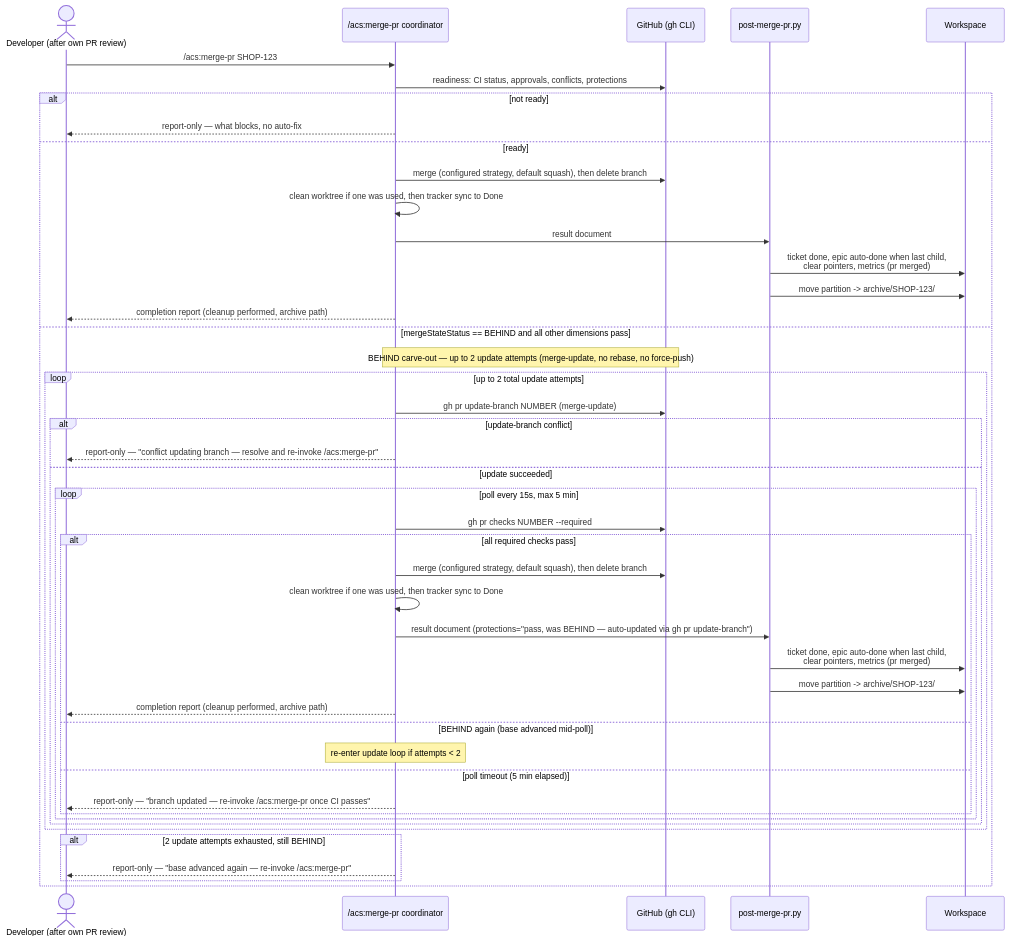
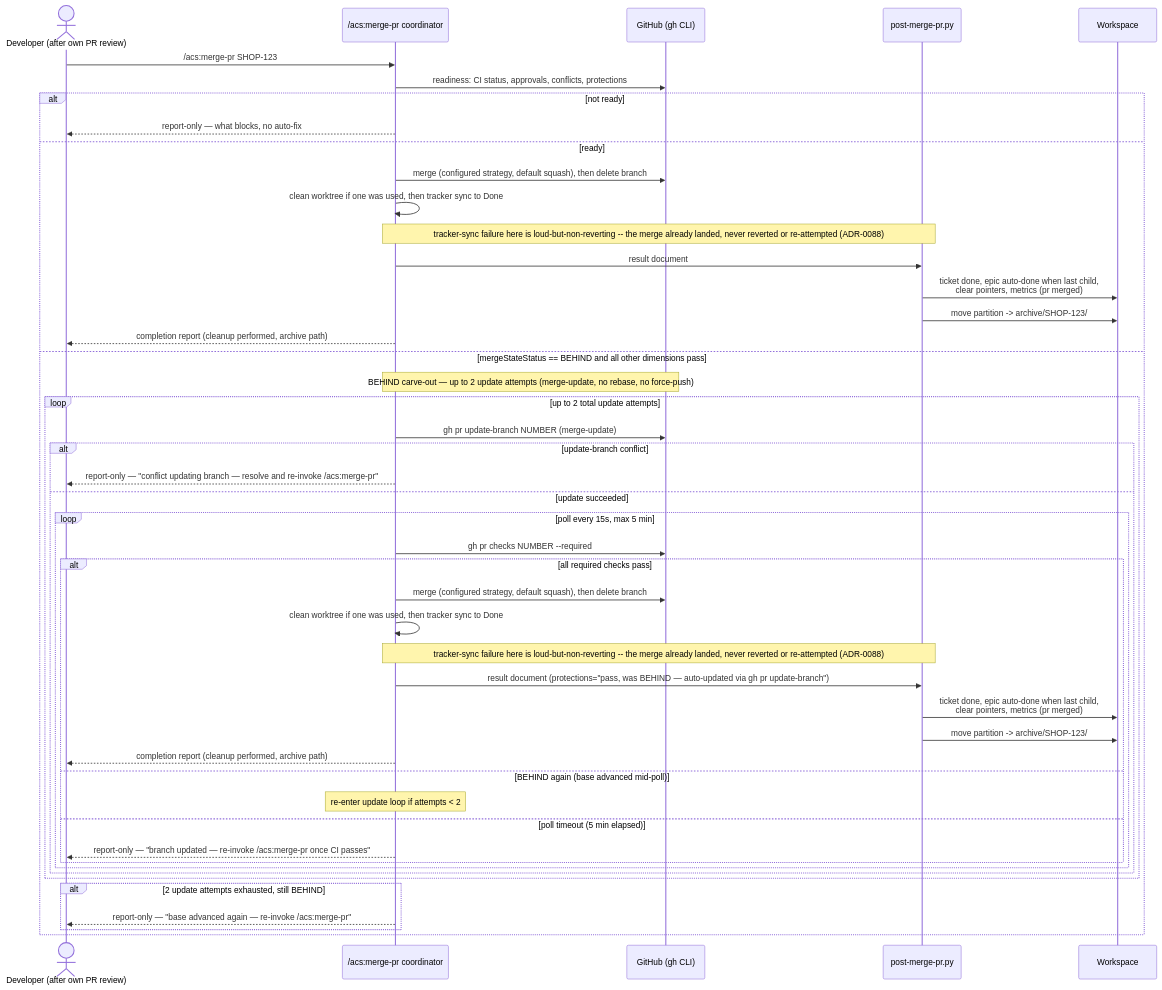
Before and after one commit to globalmindsolution/gms-marketplace: the second of 2 diagrams in docs/architecture/lld/flows/ticket-lifecycle.md, drawn with Mermaid. The commit also changed 12 other files, not shown here.

````diff
--- a/docs/architecture/lld/flows/ticket-lifecycle.md
+++ b/docs/architecture/lld/flows/ticket-lifecycle.md
@@ -23,48 +23,50 @@
 ```mermaid
 sequenceDiagram
     actor Dev as Developer (after own PR review)
     participant CO as /acs:merge-pr coordinator
     participant GH as GitHub (gh CLI)
     participant POST as post-merge-pr.py
     participant WS as Workspace
 
     Dev->>CO: /acs:merge-pr SHOP-123
     CO->>GH: readiness: CI status, approvals, conflicts, protections
     alt not ready
         CO-->>Dev: report-only — what blocks, no auto-fix
     else ready
         CO->>GH: merge (configured strategy, default squash), then delete branch
         CO->>CO: clean worktree if one was used, then tracker sync to Done
+        note over CO,POST: tracker-sync failure here is loud-but-non-reverting -- the merge already landed, never reverted or re-attempted (ADR-0088)
         CO->>POST: result document
         POST->>WS: ticket done, epic auto-done when last child,<br/>clear pointers, metrics (pr merged)
         POST->>WS: move partition -> archive/SHOP-123/
         CO-->>Dev: completion report (cleanup performed, archive path)
     else mergeStateStatus == BEHIND and all other dimensions pass
         note over CO,GH: BEHIND carve-out — up to 2 update attempts (merge-update, no rebase, no force-push)
         loop up to 2 total update attempts
             CO->>GH: gh pr update-branch NUMBER (merge-update)
             alt update-branch conflict
                 CO-->>Dev: report-only — "conflict updating branch — resolve and re-invoke /acs:merge-pr"
             else update succeeded
                 loop poll every 15s, max 5 min
                     CO->>GH: gh pr checks NUMBER --required
                     alt all required checks pass
                         CO->>GH: merge (configured strategy, default squash), then delete branch
                         CO->>CO: clean worktree if one was used, then tracker sync to Done
+                        note over CO,POST: tracker-sync failure here is loud-but-non-reverting -- the merge already landed, never reverted or re-attempted (ADR-0088)
                         CO->>POST: result document (protections="pass, was BEHIND — auto-updated via gh pr update-branch")
                         POST->>WS: ticket done, epic auto-done when last child,<br/>clear pointers, metrics (pr merged)
                         POST->>WS: move partition -> archive/SHOP-123/
                         CO-->>Dev: completion report (cleanup performed, archive path)
                     else BEHIND again (base advanced mid-poll)
                         note over CO: re-enter update loop if attempts < 2
                     else poll timeout (5 min elapsed)
                         CO-->>Dev: report-only — "branch updated — re-invoke /acs:merge-pr once CI passes"
                     end
                 end
             end
         end
         alt 2 update attempts exhausted, still BEHIND
             CO-->>Dev: report-only — "base advanced again — re-invoke /acs:merge-pr"
         end
     end
 ```
````
